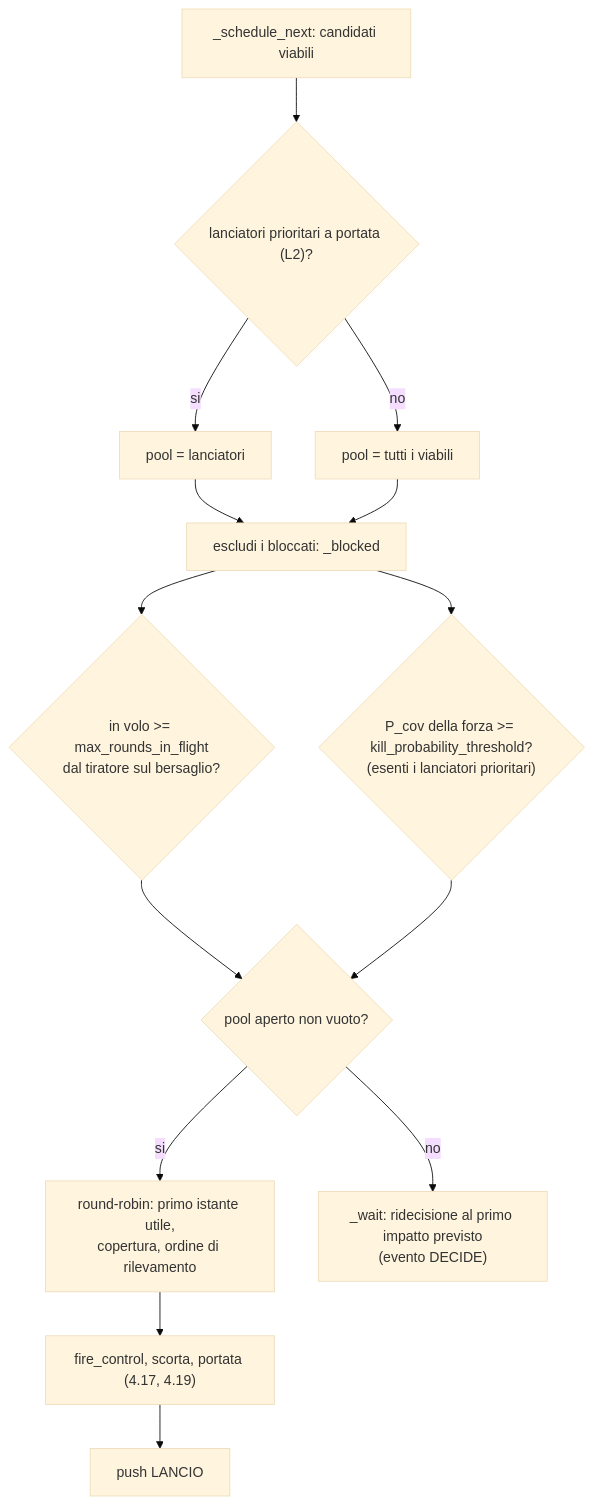
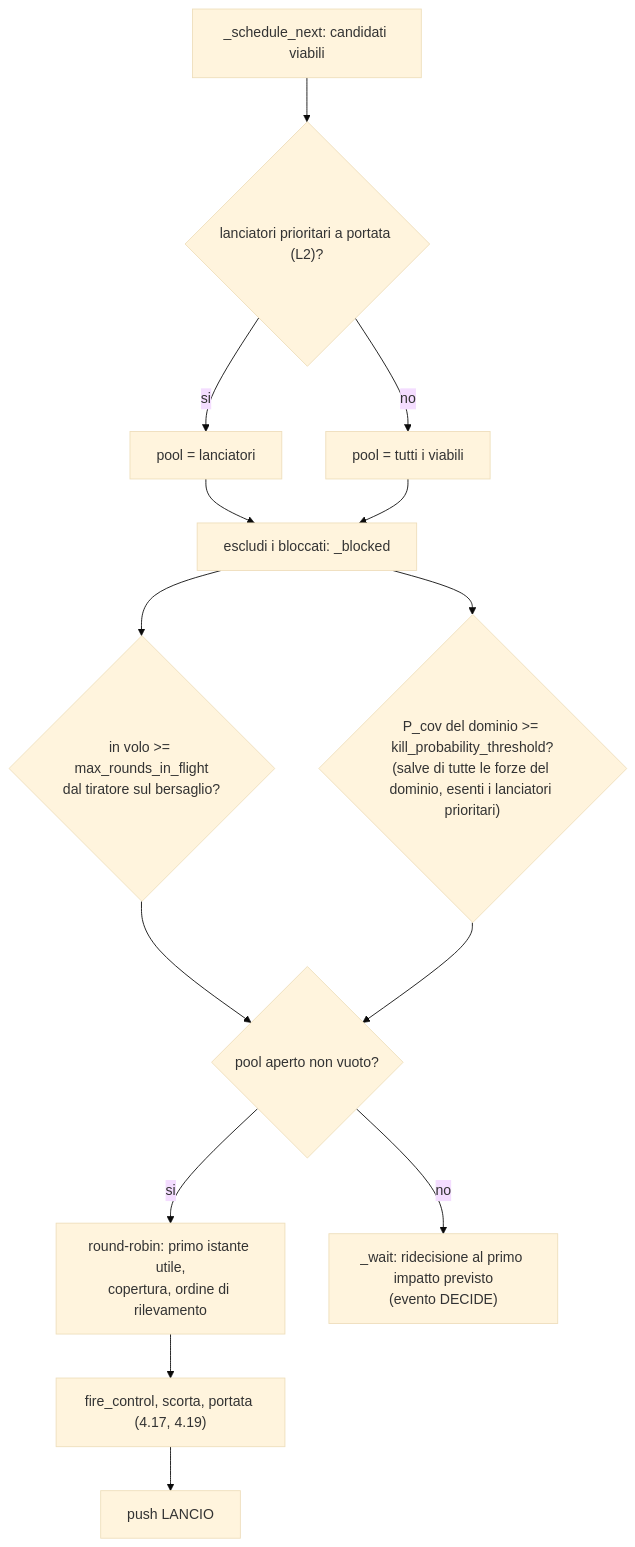
Diagram 13 of 17 in Analysis/Document/Manuale_Motore_DES/05_Strato2_Risolutore_Ingaggio.md (MakusIV/Warfare-Model), drawn with Mermaid (base theme) before and after one commit. The commit also changed other lines of this file and 11 other files, not shown here.

````diff
--- a/Analysis/Document/Manuale_Motore_DES/05_Strato2_Risolutore_Ingaggio.md
+++ b/Analysis/Document/Manuale_Motore_DES/05_Strato2_Risolutore_Ingaggio.md
@@ -1579,16 +1730,16 @@
 ```mermaid
 flowchart TD
     A["_schedule_next: candidati viabili"] --> P{"lanciatori prioritari a portata (L2)?"}
     P -->|si| PP["pool = lanciatori"]
     P -->|no| VV["pool = tutti i viabili"]
     PP --> B["escludi i bloccati: _blocked"]
     VV --> B
     B --> B1{"in volo >= max_rounds_in_flight<br/>dal tiratore sul bersaglio?"}
-    B --> B2{"P_cov della forza >= kill_probability_threshold?<br/>(esenti i lanciatori prioritari)"}
+    B --> B2{"P_cov del dominio >= kill_probability_threshold?<br/>(salve di tutte le forze del dominio, esenti i lanciatori prioritari)"}
     B1 --> O{"pool aperto non vuoto?"}
     B2 --> O
     O -->|si| RR["round-robin: primo istante utile,<br/>copertura, ordine di rilevamento"]
     O -->|no| WT["_wait: ridecisione al primo impatto previsto<br/>(evento DECIDE)"]
     RR --> FC["fire_control, scorta, portata (4.17, 4.19)"]
     FC --> PU["push LANCIO"]
 ```
````
